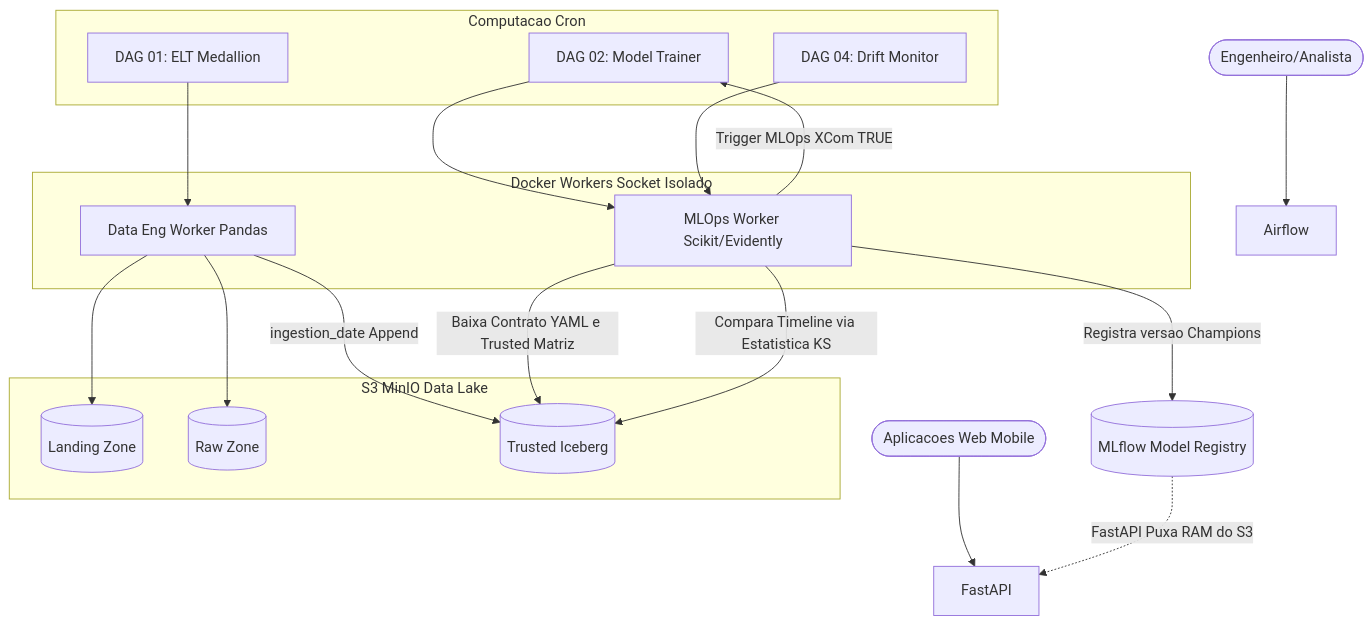
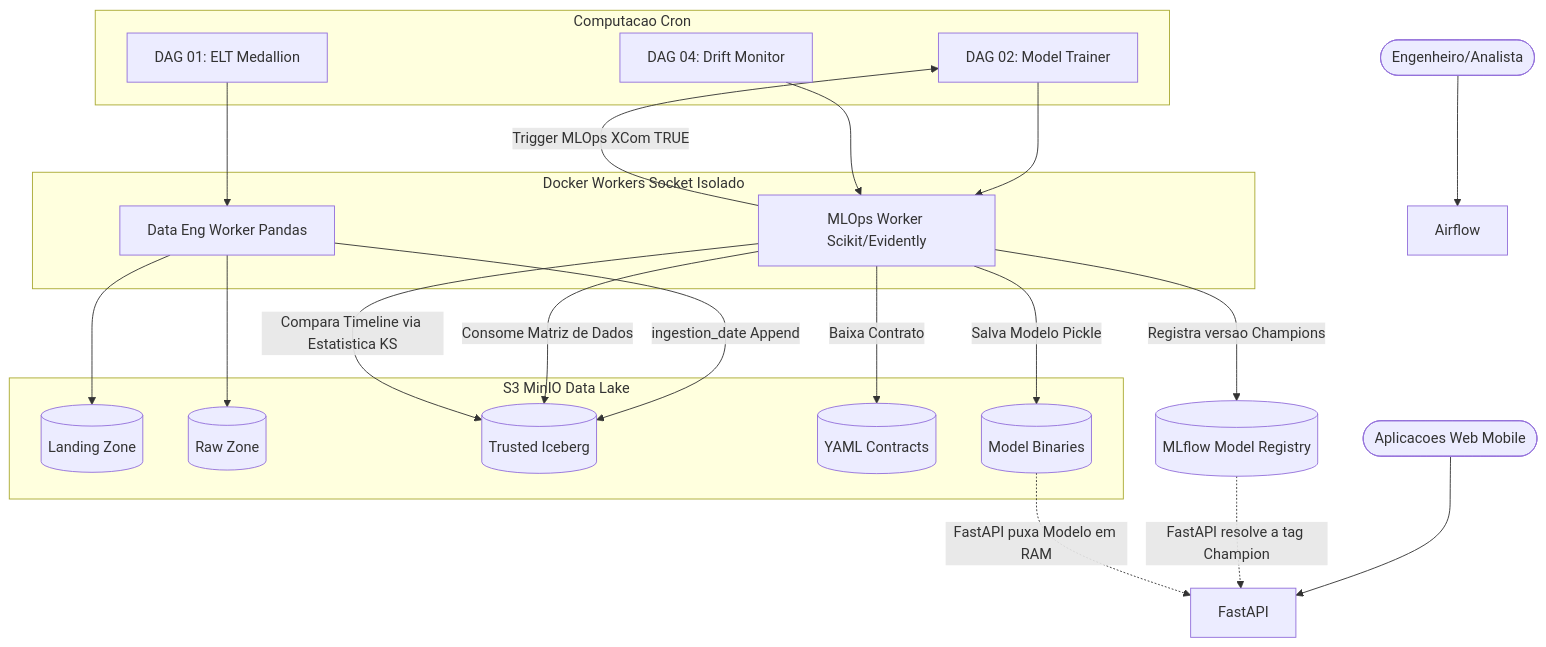
The first of 5 diagrams in README.md (engfelipeviana/machine_Learning_pipeline), drawn with Mermaid before and after one commit.

Commit message:
docs: atualização do diagrama de arquitetura com buckets de contracts e artifacts

````diff
--- a/README.md
+++ b/README.md
@@ -87,39 +87,44 @@
 ```mermaid
 graph TD
     User([Engenheiro/Analista]) --> Airflow
     Client([Aplicacoes Web Mobile]) --> FastAPI
 
     subgraph S3 MinIO Data Lake
         LZ[(Landing Zone)]
         Raw[(Raw Zone)]
         Trusted[(Trusted Iceberg)]
+        Contracts[(YAML Contracts)]
+        Artifacts[(Model Binaries)]
     end
 
     subgraph Computacao Cron
         DAG1[DAG 01: ELT Medallion]
         DAG2[DAG 02: Model Trainer]
         DAG4[DAG 04: Drift Monitor]
     end
     
     subgraph Docker Workers Socket Isolado
         DW[Data Eng Worker Pandas]
         MW[MLOps Worker Scikit/Evidently]
     end
 
     MLF[(MLflow Model Registry)]
     
     DAG1 --> DW
     DW --> LZ
     DW --> Raw
     DW -->|ingestion_date Append| Trusted
     
     DAG2 --> MW
-    MW --> |Baixa Contrato YAML e Trusted Matriz| Trusted
+    MW --> |Baixa Contrato| Contracts
+    MW --> |Consome Matriz de Dados| Trusted
     MW --> |Registra versao Champions| MLF
+    MW --> |Salva Modelo Pickle| Artifacts
     
     DAG4 --> MW
     MW --> |Compara Timeline via Estatistica KS| Trusted
     MW -- Trigger MLOps XCom TRUE --> DAG2
     
-    MLF -. FastAPI Puxa RAM do S3 .-> FastAPI
+    MLF -. FastAPI resolve a tag Champion .-> FastAPI
+    Artifacts -. FastAPI puxa Modelo em RAM .-> FastAPI
 ```
````
